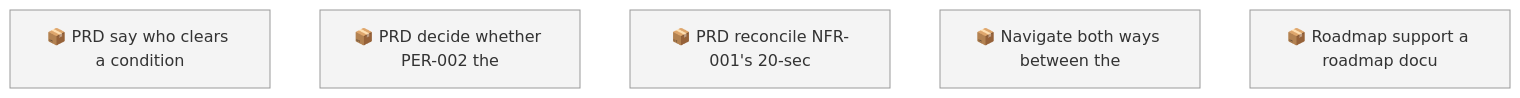
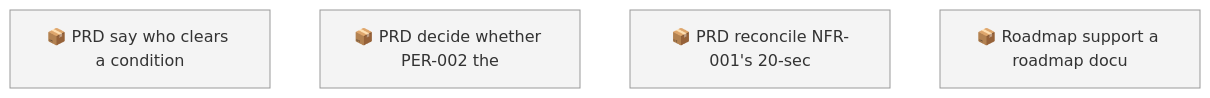
The first of 2 diagrams in docs/roadmap.md (SpillwaveSolutions/prd-forge), drawn with Mermaid before and after one commit. The commit also changed other lines of this file and 6 other files, not shown here.

````diff
--- a/docs/roadmap.md
+++ b/docs/roadmap.md
@@ -46,10 +45,9 @@
 ```mermaid
 graph TD
     01M67NBJMD36KW0QP1S9D4SMAD["📦 PRD say who clears a condition"]
     01M67NBJQEWFPJ4YZADKC6ZXP7["📦 PRD decide whether PER-002 the"]
     01M67NBJTJAPJSEETE5YS6SVMT["📦 PRD reconcile NFR-001's 20-sec"]
-    01M67NKWD871BPKRKQEH9G9FX7["📦 Navigate both ways between the"]
     01M67NKWT0E0CGYGZYJ8SV6ERN["📦 Roadmap support a roadmap docu"]
     classDef todo fill:#f4f4f4,stroke:#999999
-    class 01M67NBJMD36KW0QP1S9D4SMAD,01M67NBJQEWFPJ4YZADKC6ZXP7,01M67NBJTJAPJSEETE5YS6SVMT,01M67NKWD871BPKRKQEH9G9FX7,01M67NKWT0E0CGYGZYJ8SV6ERN todo
+    class 01M67NBJMD36KW0QP1S9D4SMAD,01M67NBJQEWFPJ4YZADKC6ZXP7,01M67NBJTJAPJSEETE5YS6SVMT,01M67NKWT0E0CGYGZYJ8SV6ERN todo
 ```
````
